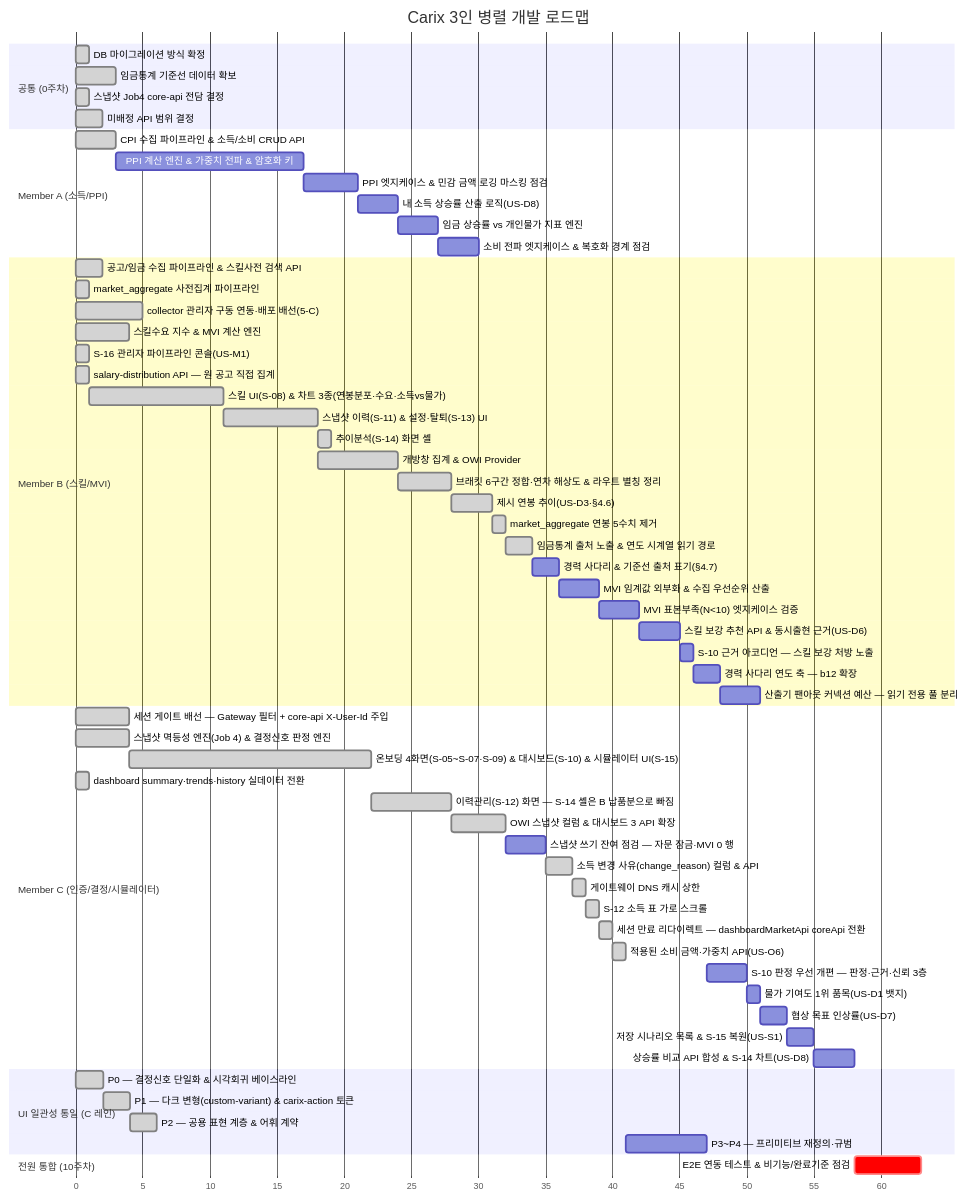
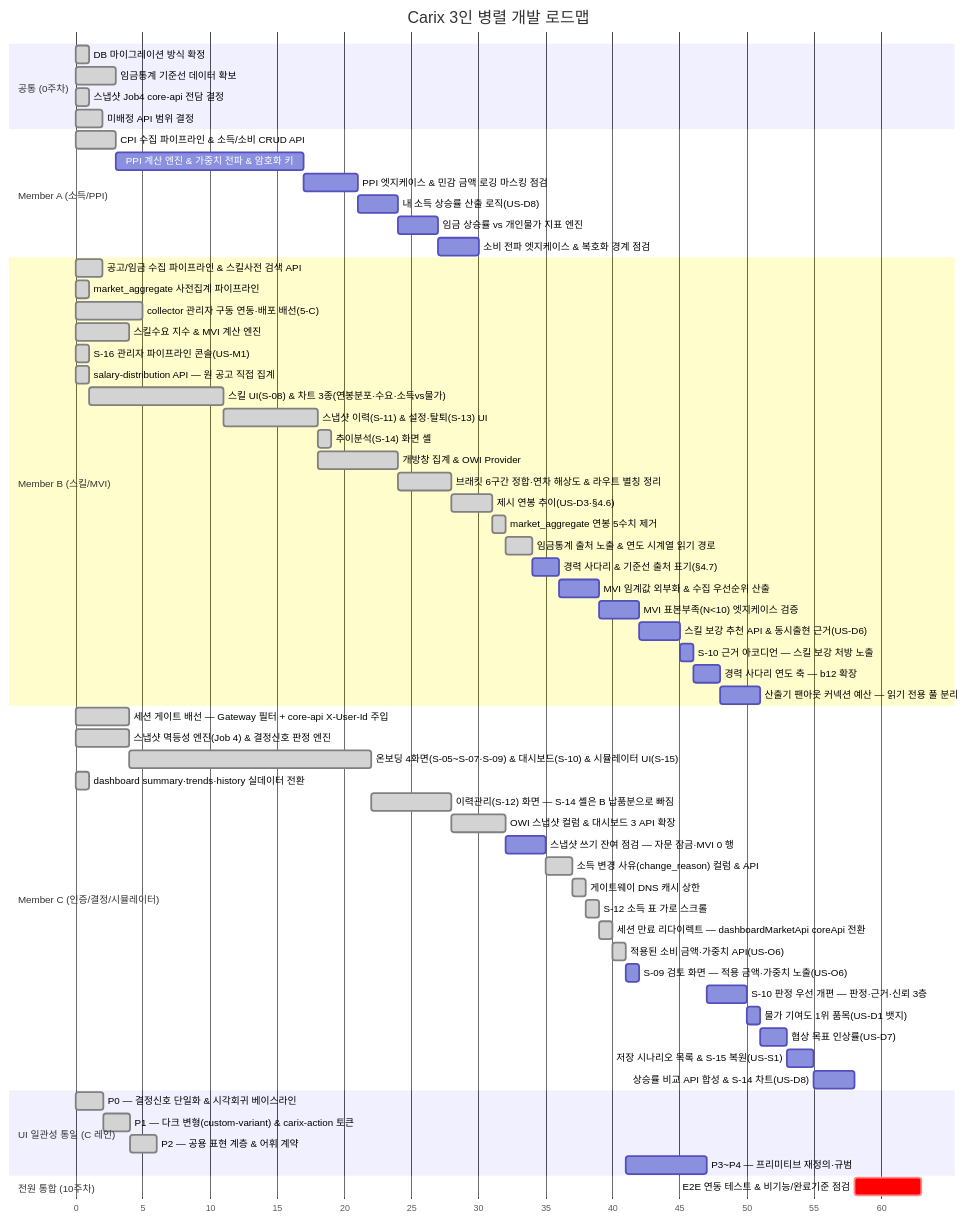
The first of 2 diagrams in docs/plans/carix-dev-plan.md (SeoHyeokGyu/Carix), drawn with Mermaid before and after one commit. The commit also changed other lines of this file, not shown here.

````diff
--- a/docs/plans/carix-dev-plan.md
+++ b/docs/plans/carix-dev-plan.md
@@ -89,65 +89,66 @@
 ```mermaid
 gantt
     title Carix 3인 병렬 개발 로드맵
     dateFormat X
     axisFormat %s
     section 공통 (0주차)
     DB 마이그레이션 방식 확정 :done, c0a, 0, 1s
     임금통계 기준선 데이터 확보 :done, a0, 3, 3s
     스냅샷 Job4 core-api 전담 결정 :done, i0, 7, 1s
     미배정 API 범위 결정 :done, c0, 7, 2s
     section Member A (소득/PPI)
     CPI 수집 파이프라인 & 소득/소비 CRUD API :done, a1, 12, 3s
     PPI 계산 엔진 & 가중치 전파 & 암호화 키 :a2, after a1, 14s
     PPI 엣지케이스 & 민감 금액 로깅 마스킹 점검 :a7, after a2, 4s
     내 소득 상승률 산출 로직(US-D8) :a9, after a7, 3s
     임금 상승률 vs 개인물가 지표 엔진 :a10, after a9, 3s
     소비 전파 엣지케이스 & 복호화 경계 점검 :a12, after a10, 3s
     section Member B (스킬/MVI)
     공고/임금 수집 파이프라인 & 스킬사전 검색 API :done, b1, 2, 2s
     market_aggregate 사전집계 파이프라인 :done, b2a, 3, 1s
     collector 관리자 구동 연동·배포 배선(5-C) :done, b0, 7, 5s
     스킬수요 지수 & MVI 계산 엔진 :done, b2, 8, 4s
     S-16 관리자 파이프라인 콘솔(US-M1) :done, b16, 14, 1s
     salary-distribution API — 원 공고 직접 집계 :done, b3a, 15, 1s
     스킬 UI(S-08) & 차트 3종(연봉분포·수요·소득vs물가) :done, b3, after b3a, 10s
     스냅샷 이력(S-11) & 설정·탈퇴(S-13) UI :done, b4, after b3, 7s
     추이분석(S-14) 화면 셸 :done, b4a, after b4, 1s
     개방창 집계 & OWI Provider :done, b6, after b4, 6s
     브래킷 6구간 정합·연차 해상도 & 라우트 별칭 정리 :done, b7, after b6, 4s
     제시 연봉 추이(US-D3·§4.6) :done, b10, after b7, 3s
     market_aggregate 연봉 5수치 제거 :done, b11, after b10, 1s
     임금통계 출처 노출 & 연도 시계열 읽기 경로 :done, b13, after b11, 2s
     경력 사다리 & 기준선 출처 표기(§4.7) :b12, after b13, 2s
     MVI 임계값 외부화 & 수집 우선순위 산출 :b8, after b12, 3s
     MVI 표본부족(N<10) 엣지케이스 검증 :b8a, after b8, 3s
     스킬 보강 추천 API & 동시출현 근거(US-D6) :b9, after b8a, 3s
     S-10 근거 아코디언 — 스킬 보강 처방 노출 :b15, after b9, 1s
     경력 사다리 연도 축 — b12 확장 :b14, after b15, 2s
     산출기 팬아웃 커넥션 예산 — 읽기 전용 풀 분리 :b17, after b14, 3s
     section Member C (인증/결정/시뮬레이터)
     세션 게이트 배선 — Gateway 필터 + core-api X-User-Id 주입 :done, c0b, 7, 4s
     스냅샷 멱등성 엔진(Job 4) & 결정신호 판정 엔진 :done, c2, 8, 4s
     온보딩 4화면(S-05~S-07·S-09) & 대시보드(S-10) & 시뮬레이터 UI(S-15) :done, c3, after c2, 18s
     dashboard summary·trends·history 실데이터 전환 :done, c4a, 15, 1s
     이력관리(S-12) 화면 — S-14 셸은 B 납품분으로 빠짐 :done, c4, after c3, 6s
     OWI 스냅샷 컬럼 & 대시보드 3 API 확장 :done, c6, after c4, 4s
     스냅샷 쓰기 잔여 점검 — 자문 잠금·MVI 0 행 :c5, after c6, 3s
     소득 변경 사유(change_reason) 컬럼 & API :done, c10, after c5, 2s
     게이트웨이 DNS 캐시 상한 :done, c7, after c10, 1s
     S-12 소득 표 가로 스크롤 :done, c13, after c7, 1s
     세션 만료 리다이렉트 — dashboardMarketApi coreApi 전환 :done, c16, after c13, 1s
     적용된 소비 금액·가중치 API(US-O6) :done, c11, after c16, 1s
+    S-09 검토 화면 — 적용 금액·가중치 노출(US-O6) :c17, after c11, 1s
     S-10 판정 우선 개편 — 판정·근거·신뢰 3층 :c15, after ui3, 3s
     물가 기여도 1위 품목(US-D1 뱃지) :c12, after c15, 1s
     협상 목표 인상률(US-D7) :c8, after c12, 2s
     저장 시나리오 목록 & S-15 복원(US-S1) :c9, after c8, 2s
     상승률 비교 API 합성 & S-14 차트(US-D8) :c14, after c9 a9 a10 b13, 3s
     section UI 일관성 통일 (C 레인)
     P0 — 결정신호 단일화 & 시각회귀 베이스라인 :done, ui0, 33, 2s
     P1 — 다크 변형(custom-variant) & carix-action 토큰 :done, ui1, after ui0, 2s
     P2 — 공용 표현 계층 & 어휘 계약 :done, ui2, after ui1, 2s
     P3~P4 — 프리미티브 재정의·규범 :ui3, after c11, 6s
     section 전원 통합 (10주차)
     E2E 연동 테스트 & 비기능/완료기준 점검 :crit, e2e, after a12 b14 c14, 5s
 ```
````
